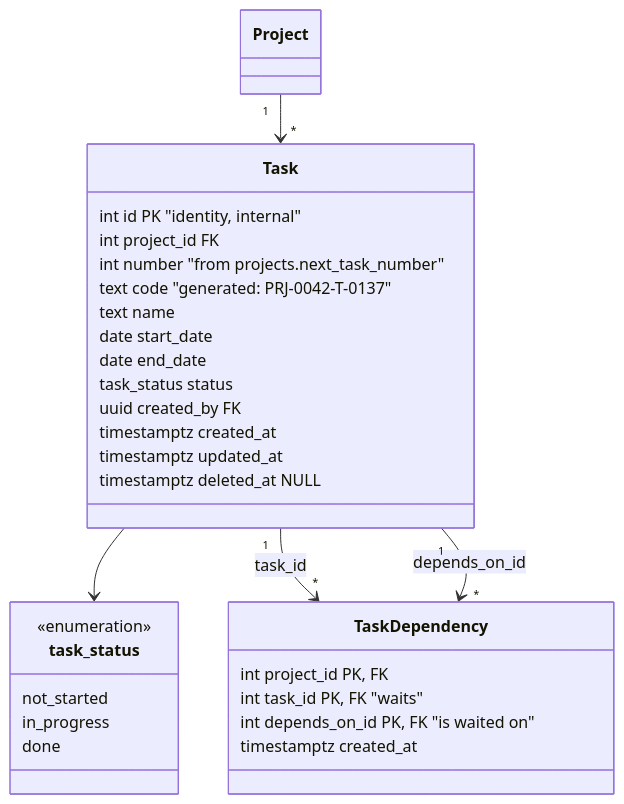
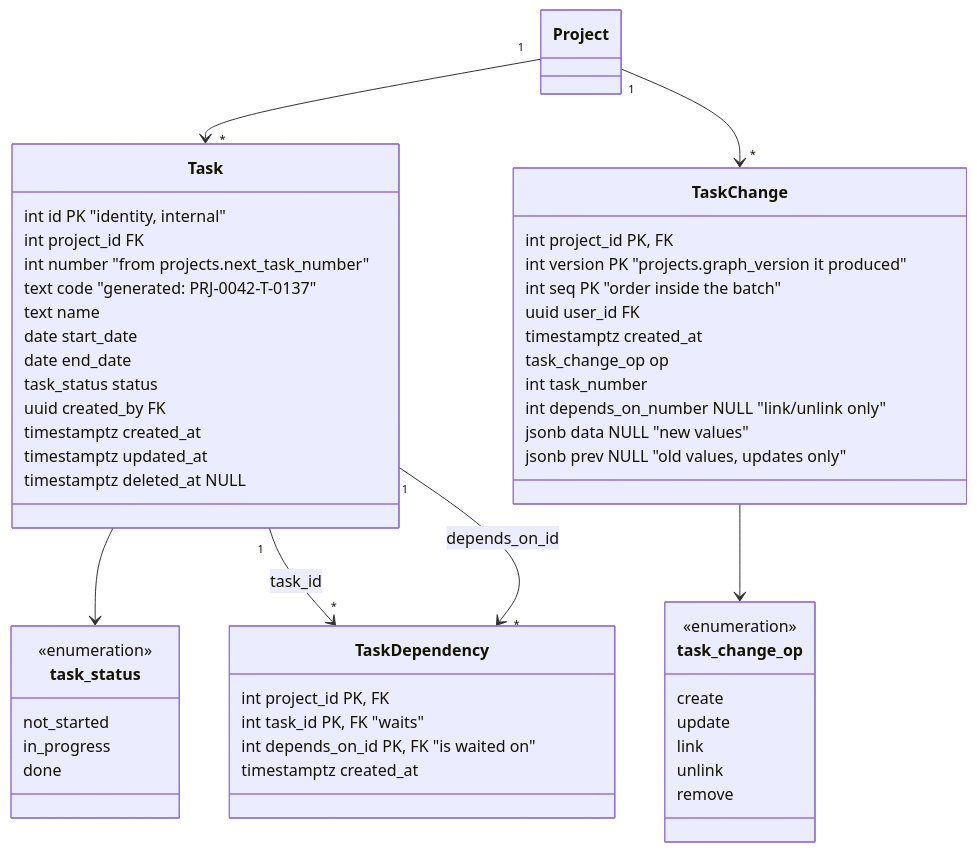
The third of 4 diagrams in README.md (yessser/sitetrack), drawn with Mermaid before and after one commit. The commit also changed other lines of this file and 16 other files, not shown here.

Commit message:
feat(tasks): batch changes with a versioned changelog, snapshot and since routes, hourly trim; single-task routes go through the batch engine

````diff
--- a/README.md
+++ b/README.md
@@ -129,33 +130,55 @@
 ```mermaid
 classDiagram
   class Task {
     int id PK "identity, internal"
     int project_id FK
     int number "from projects.next_task_number"
     text code "generated: PRJ-0042-T-0137"
     text name
     date start_date
     date end_date
     task_status status
     uuid created_by FK
     timestamptz created_at
     timestamptz updated_at
     timestamptz deleted_at NULL
   }
   class task_status {
     <<enumeration>>
     not_started
     in_progress
     done
   }
   class TaskDependency {
     int project_id PK, FK
     int task_id PK, FK "waits"
     int depends_on_id PK, FK "is waited on"
     timestamptz created_at
   }
   Project "1" --> "*" Task
   Task --> task_status
   Task "1" --> "*" TaskDependency : task_id
   Task "1" --> "*" TaskDependency : depends_on_id
+  class TaskChange {
+    int project_id PK, FK
+    int version PK "projects.graph_version it produced"
+    int seq PK "order inside the batch"
+    uuid user_id FK
+    timestamptz created_at
+    task_change_op op
+    int task_number
+    int depends_on_number NULL "link/unlink only"
+    jsonb data NULL "new values"
+    jsonb prev NULL "old values, updates only"
+  }
+  class task_change_op {
+    <<enumeration>>
+    create
+    update
+    link
+    unlink
+    remove
+  }
+  Project "1" --> "*" TaskChange
+  TaskChange --> task_change_op
 ```
````
